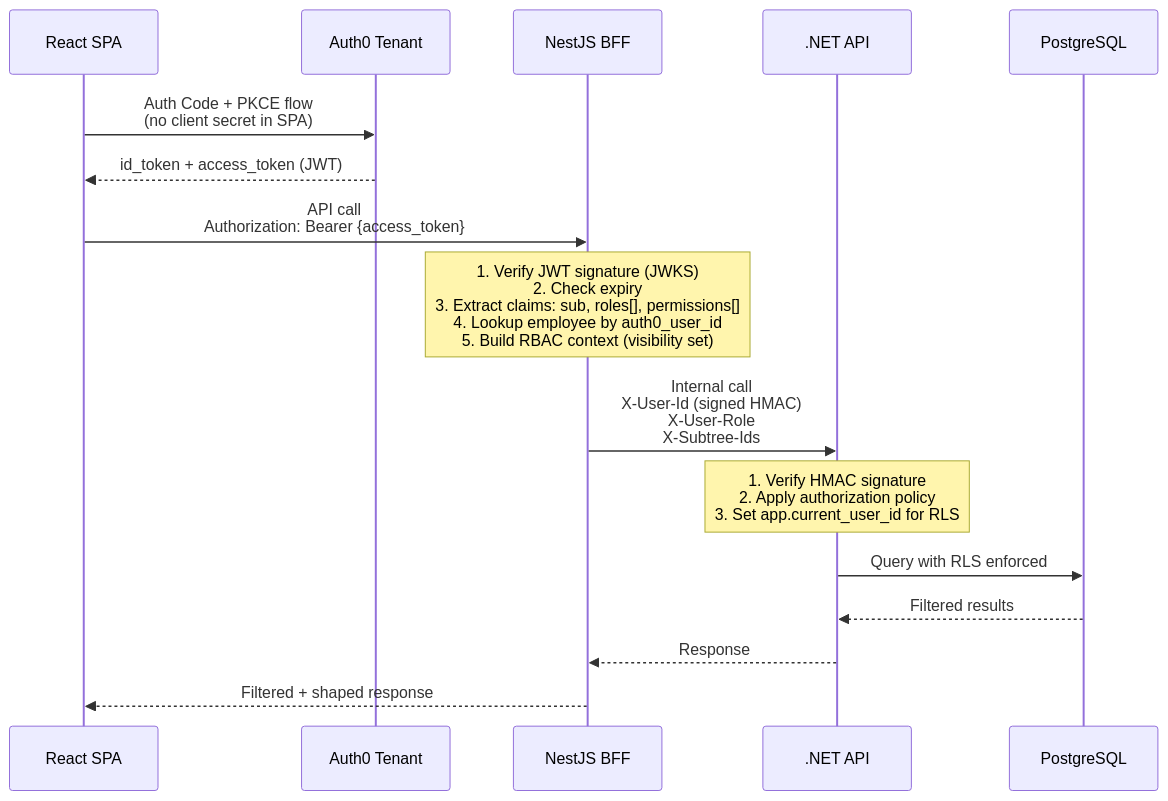
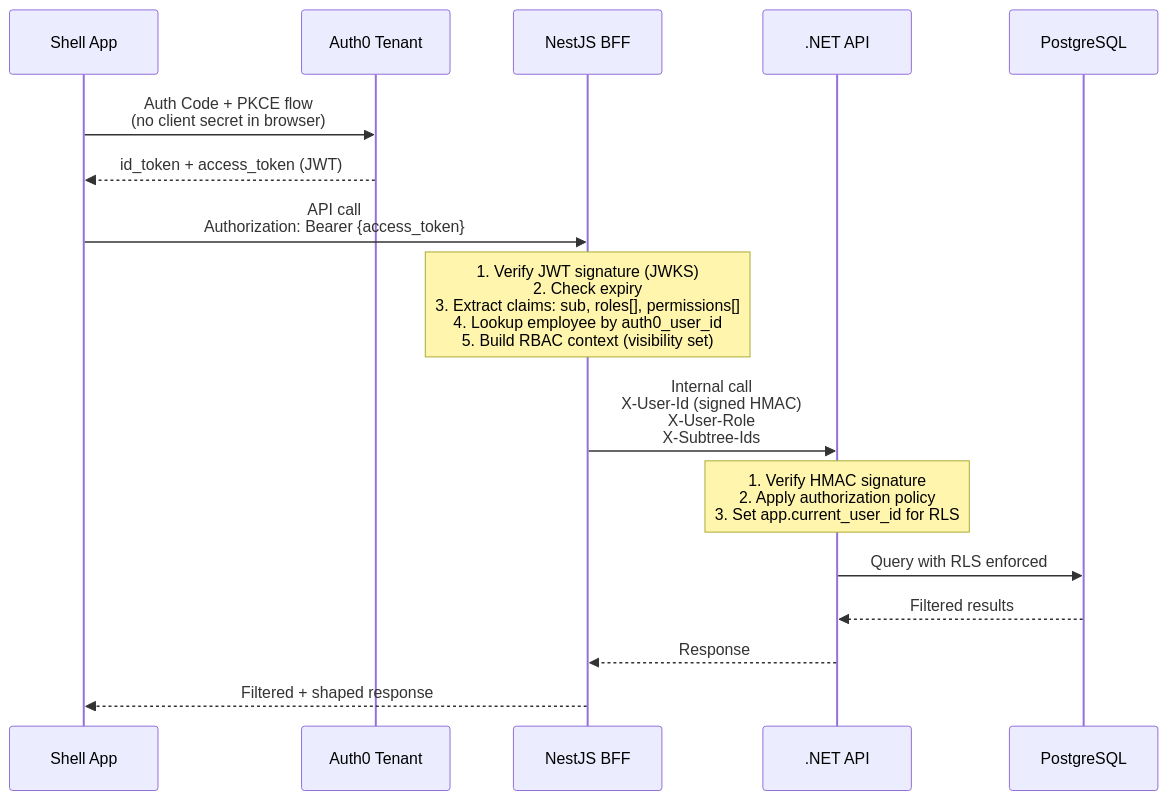
The fifth of 24 diagrams in docs/superpowers/specs/2026-04-17-employee-budget-allocation-design.md (sukhesh035/employee_budget_allocation), drawn with Mermaid before and after one commit. The commit also changed other lines of this file and 7 other files, not shown here.

First line of the commit message:
Restructure to micro frontend architecture with Module Federation

````diff
--- a/docs/superpowers/specs/2026-04-17-employee-budget-allocation-design.md
+++ b/docs/superpowers/specs/2026-04-17-employee-budget-allocation-design.md
@@ -287,24 +327,24 @@
 ```mermaid
 sequenceDiagram
-    participant SPA as React SPA
+    participant Shell as Shell App
     participant Auth0 as Auth0 Tenant
     participant BFF as NestJS BFF
     participant API as .NET API
     participant DB as PostgreSQL
 
-    SPA->>Auth0: Auth Code + PKCE flow<br/>(no client secret in SPA)
-    Auth0-->>SPA: id_token + access_token (JWT)
+    Shell->>Auth0: Auth Code + PKCE flow<br/>(no client secret in browser)
+    Auth0-->>Shell: id_token + access_token (JWT)
 
-    SPA->>BFF: API call<br/>Authorization: Bearer {access_token}
+    Shell->>BFF: API call<br/>Authorization: Bearer {access_token}
 
     Note over BFF: 1. Verify JWT signature (JWKS)<br/>2. Check expiry<br/>3. Extract claims: sub, roles[], permissions[]<br/>4. Lookup employee by auth0_user_id<br/>5. Build RBAC context (visibility set)
 
     BFF->>API: Internal call<br/>X-User-Id (signed HMAC)<br/>X-User-Role<br/>X-Subtree-Ids
 
     Note over API: 1. Verify HMAC signature<br/>2. Apply authorization policy<br/>3. Set app.current_user_id for RLS
 
     API->>DB: Query with RLS enforced
     DB-->>API: Filtered results
     API-->>BFF: Response
-    BFF-->>SPA: Filtered + shaped response
+    BFF-->>Shell: Filtered + shaped response
 ```
````
